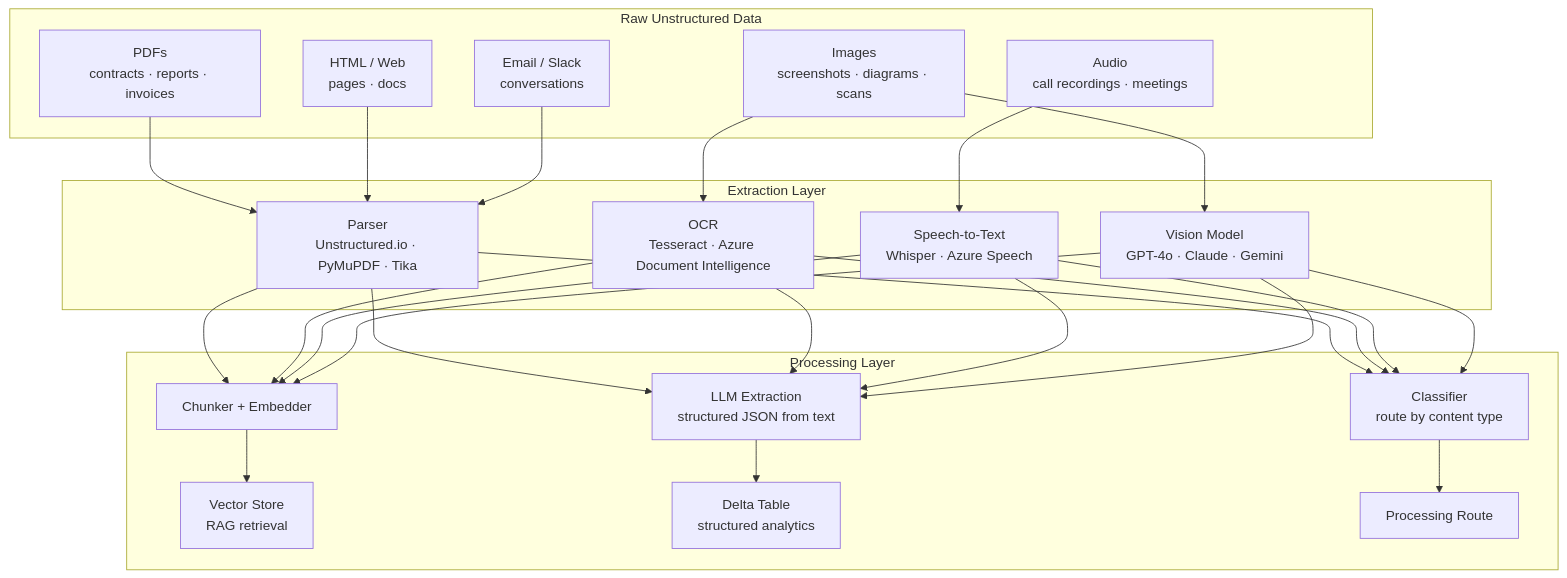
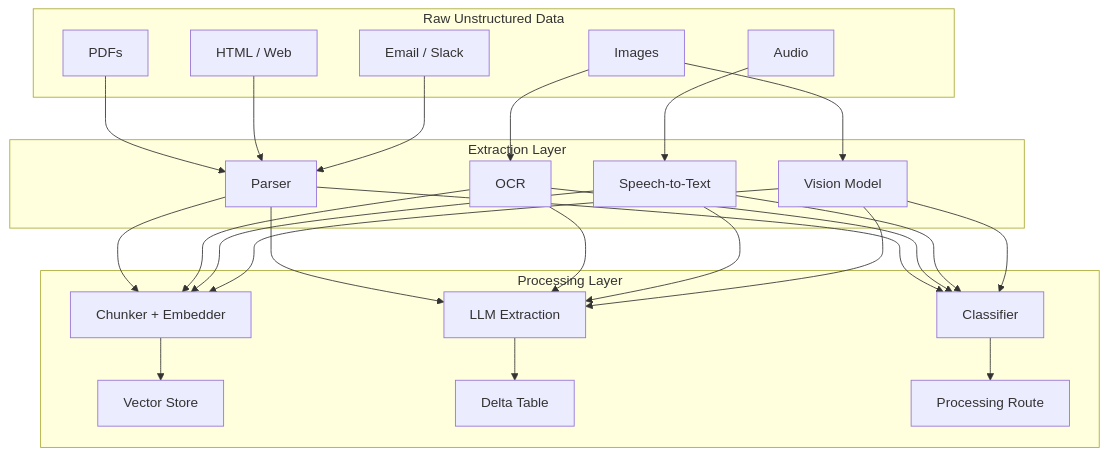
The diagram in 11-ai-data-engineering/04-unstructured-data-pipelines.md (gcmishra7/data-engineering-helper), drawn with Mermaid before and after one commit. The commit also changed other lines of this file and 57 other files, not shown here.

First line of the commit message:
Shorten mermaid node labels to fix text truncation on GitHub

````diff
--- a/11-ai-data-engineering/04-unstructured-data-pipelines.md
+++ b/11-ai-data-engineering/04-unstructured-data-pipelines.md
@@ -8,42 +8,42 @@
 ```mermaid
 graph TD
     subgraph Raw Unstructured Data
-        PDF[PDFs<br/>contracts · reports · invoices]
-        IMG[Images<br/>screenshots · diagrams · scans]
-        AUDIO[Audio<br/>call recordings · meetings]
-        EMAIL[Email / Slack<br/>conversations]
-        HTML[HTML / Web<br/>pages · docs]
+        PDF[PDFs]
+        IMG[Images]
+        AUDIO[Audio]
+        EMAIL[Email / Slack]
+        HTML[HTML / Web]
     end
 
     subgraph Extraction Layer
-        PARSE[Parser<br/>Unstructured.io · PyMuPDF · Tika]
-        OCR[OCR<br/>Tesseract · Azure Document Intelligence]
-        ASR[Speech-to-Text<br/>Whisper · Azure Speech]
-        VIS[Vision Model<br/>GPT-4o · Claude · Gemini]
+        PARSE[Parser]
+        OCR[OCR]
+        ASR[Speech-to-Text]
+        VIS[Vision Model]
     end
 
     subgraph Processing Layer
-        CHUNK[Chunker + Embedder] --> VS[Vector Store<br/>RAG retrieval]
-        EXTRACT[LLM Extraction<br/>structured JSON from text] --> DELTA[Delta Table<br/>structured analytics]
-        CLASS[Classifier<br/>route by content type] --> ROUTE[Processing Route]
+        CHUNK[Chunker + Embedder] --> VS[Vector Store]
+        EXTRACT[LLM Extraction] --> DELTA[Delta Table]
+        CLASS[Classifier] --> ROUTE[Processing Route]
     end
 
     PDF --> PARSE
     HTML --> PARSE
     IMG --> OCR
     IMG --> VIS
     AUDIO --> ASR
     EMAIL --> PARSE
     PARSE --> CHUNK
     PARSE --> EXTRACT
     PARSE --> CLASS
     OCR --> CHUNK
     OCR --> EXTRACT
     OCR --> CLASS
     ASR --> CHUNK
     ASR --> EXTRACT
     ASR --> CLASS
     VIS --> CHUNK
     VIS --> EXTRACT
     VIS --> CLASS
 ```
````
